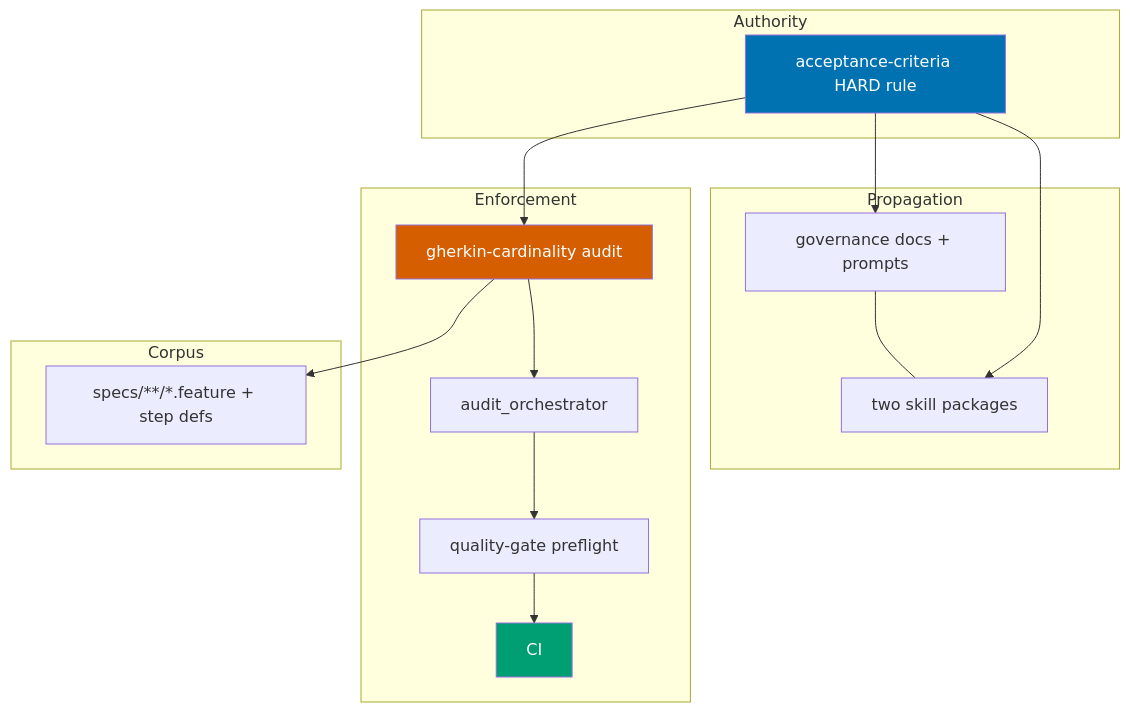
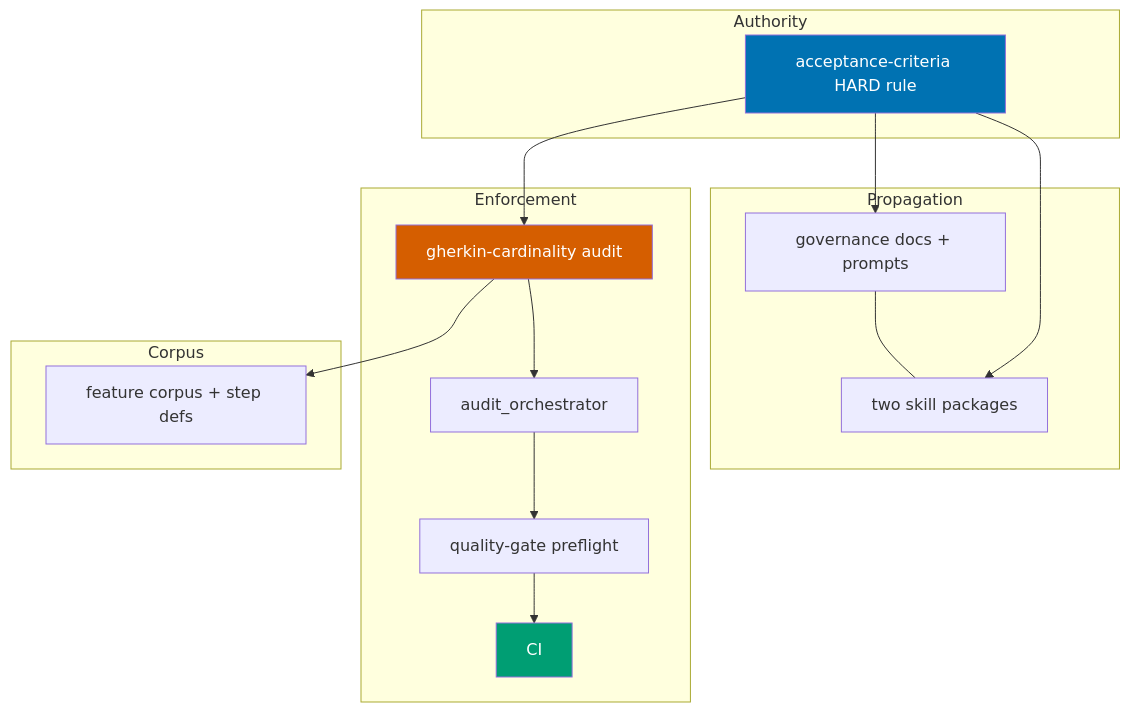
The diagram in plans/in-progress/gherkin-step-keyword-cardinality/tech-docs.md (wahidyankf/baseerah), drawn with Mermaid before and after one commit. The commit also changed other lines of this file and 3 other files, not shown here.

````diff
--- a/plans/in-progress/gherkin-step-keyword-cardinality/tech-docs.md
+++ b/plans/in-progress/gherkin-step-keyword-cardinality/tech-docs.md
@@ -9,25 +9,25 @@
 ```mermaid
 flowchart TB
   subgraph Authority
     AC[acceptance-criteria HARD rule]
   end
   subgraph Propagation
     SWEEP[governance docs + prompts] --- SKILLS[two skill packages]
   end
   subgraph Enforcement
     LINT[gherkin-cardinality audit] --> ORCH[audit_orchestrator]
     ORCH --> PRE[quality-gate preflight]
     PRE --> CI[CI]
   end
   subgraph Corpus
-    SPECS[specs/**/*.feature + step defs]
+    SPECS[feature corpus + step defs]
   end
   AC --> SWEEP
   AC --> SKILLS
   AC --> LINT
   LINT --> SPECS
 
   style AC fill:#0072B2,color:#ffffff
   style LINT fill:#D55E00,color:#ffffff
   style CI fill:#009E73,color:#ffffff
 ```
````
